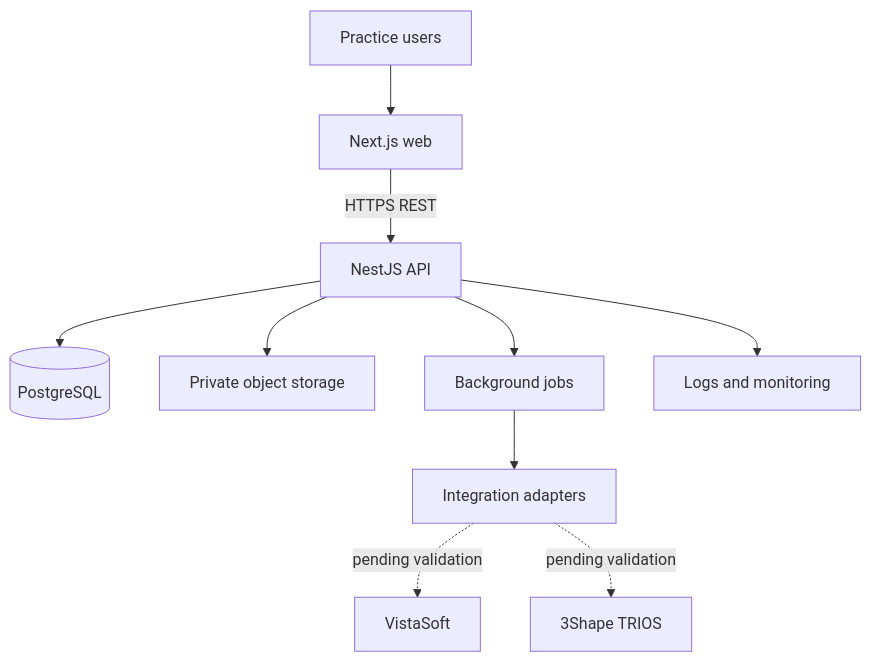
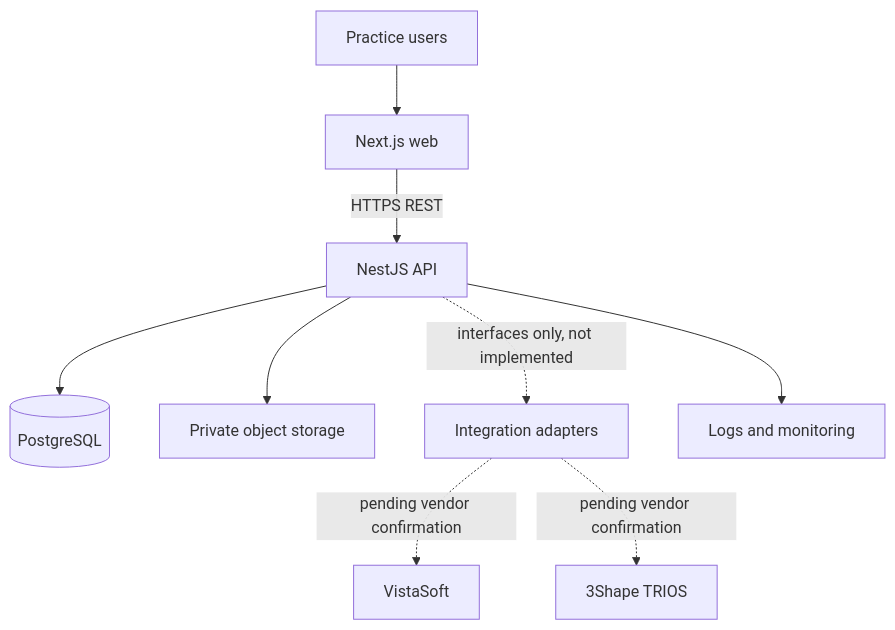
The diagram in docs/04-ARCHITECTURE-AND-DATA-MODEL.md (Jablo-cmd/dentist-work), drawn with Mermaid before and after one commit. The commit also changed other lines of this file and 4 other files, not shown here.

First line of the commit message:
docs: reconcile README, schema header and docs 04/14/15 with the implementation

````diff
--- a/docs/04-ARCHITECTURE-AND-DATA-MODEL.md
+++ b/docs/04-ARCHITECTURE-AND-DATA-MODEL.md
@@ -24,12 +26,11 @@
 ```mermaid
 flowchart TB
   U[Practice users] --> W[Next.js web]
   W -->|HTTPS REST| A[NestJS API]
   A --> DB[(PostgreSQL)]
   A --> S[Private object storage]
-  A --> Q[Background jobs]
-  Q --> I[Integration adapters]
-  I -. pending validation .-> V[VistaSoft]
-  I -. pending validation .-> T[3Shape TRIOS]
+  A -. interfaces only, not implemented .-> I[Integration adapters]
+  I -. pending vendor confirmation .-> V[VistaSoft]
+  I -. pending vendor confirmation .-> T[3Shape TRIOS]
   A --> M[Logs and monitoring]
 ```
````
